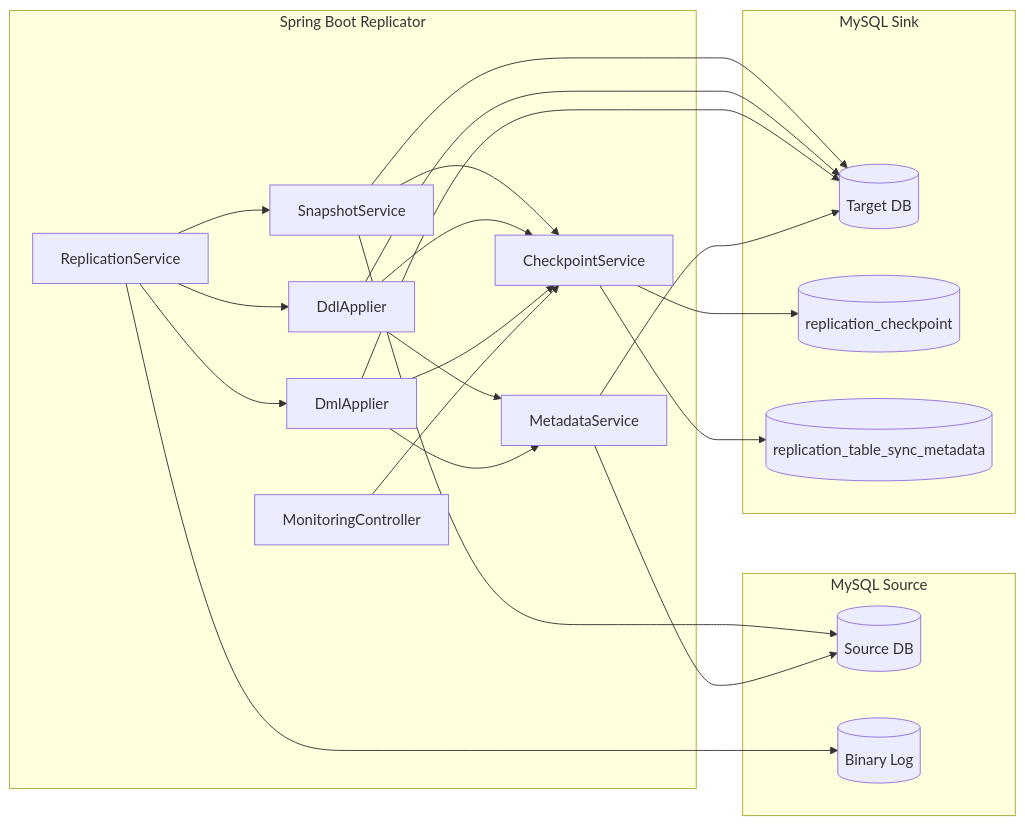
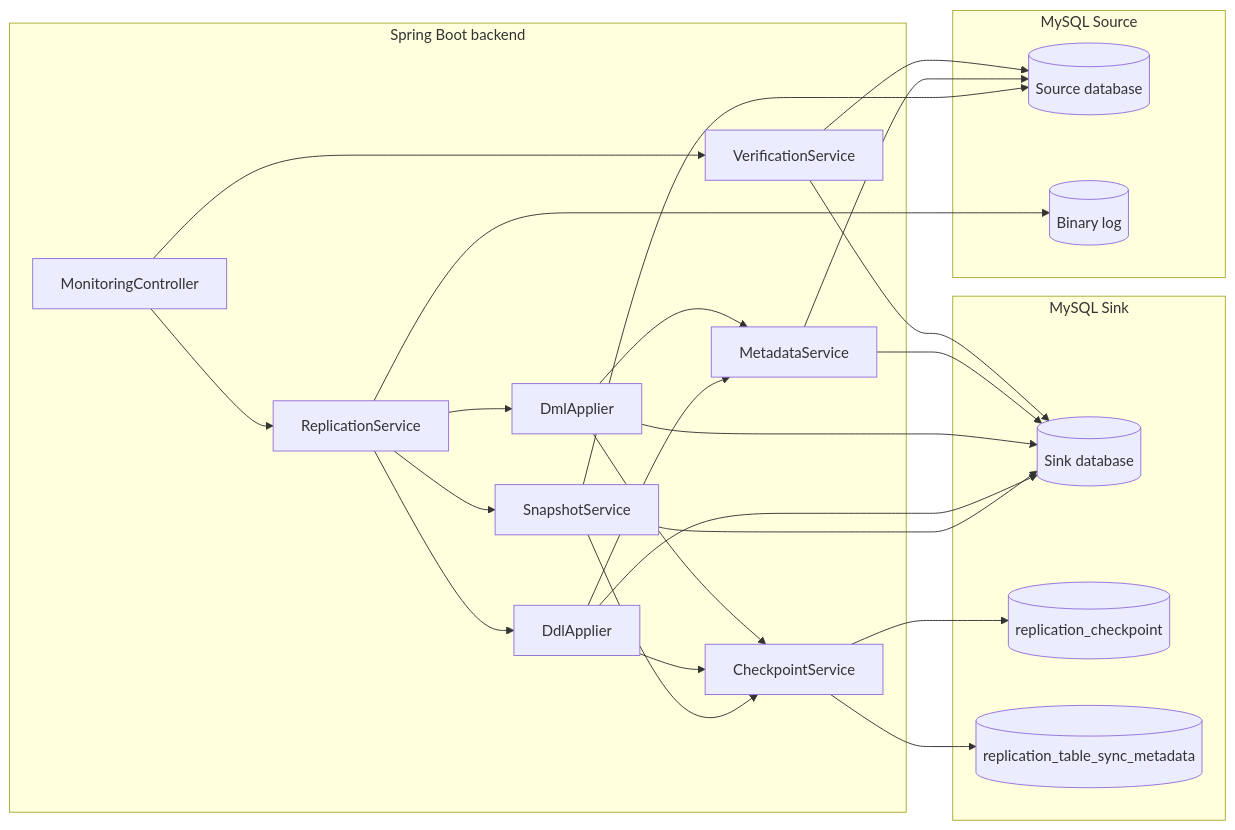
One commit to phongthinkvitals/thinkvitals-mysql-replicator changed the first of 12 diagrams in backend/docs/replication-flow.md. Above: the diagram before and after it, drawn with Mermaid. The commit also changed other lines of this file and 9 other files, not shown here.

````diff
--- a/backend/docs/replication-flow.md
+++ b/backend/docs/replication-flow.md
@@ -20,42 +9,46 @@
 ```mermaid
 flowchart LR
     subgraph Source["MySQL Source"]
-        SDB[(Source DB)]
-        BINLOG[(Binary Log)]
+        SourceDb[(Source database)]
+        SourceBinlog[(Binary log)]
     end
 
-    subgraph App["Spring Boot Replicator"]
-        RS[ReplicationService]
-        SS[SnapshotService]
-        DA[DdlApplier]
-        DMA[DmlApplier]
-        MS[MetadataService]
-        CS[CheckpointService]
-        API[MonitoringController]
+    subgraph Backend["Spring Boot backend"]
+        ReplicationService["ReplicationService"]
+        SnapshotService["SnapshotService"]
+        DdlApplier["DdlApplier"]
+        DmlApplier["DmlApplier"]
+        MetadataService["MetadataService"]
+        CheckpointService["CheckpointService"]
+        VerificationService["VerificationService"]
+        MonitoringController["MonitoringController"]
     end
 
     subgraph Sink["MySQL Sink"]
-        TDB[(Target DB)]
-        CP[(replication_checkpoint)]
-        TM[(replication_table_sync_metadata)]
+        SinkDb[(Sink database)]
+        CheckpointTable[(replication_checkpoint)]
+        TableMetadata[(replication_table_sync_metadata)]
     end
 
-    RS --> SS
-    SS --> SDB
-    SS --> TDB
-    RS --> BINLOG
-    RS --> DA
-    RS --> DMA
-    DA --> TDB
-    DMA --> TDB
-    DA --> MS
-    DMA --> MS
-    MS --> SDB
-    MS --> TDB
-    CS --> CP
-    CS --> TM
-    SS --> CS
-    DA --> CS
-    DMA --> CS
-    API --> CS
+    MonitoringController --> ReplicationService
+    MonitoringController --> VerificationService
+    ReplicationService --> SnapshotService
+    ReplicationService --> SourceBinlog
+    ReplicationService --> DdlApplier
+    ReplicationService --> DmlApplier
+    SnapshotService --> SourceDb
+    SnapshotService --> SinkDb
+    DdlApplier --> SinkDb
+    DmlApplier --> SinkDb
+    DdlApplier --> MetadataService
+    DmlApplier --> MetadataService
+    MetadataService --> SourceDb
+    MetadataService --> SinkDb
+    CheckpointService --> CheckpointTable
+    CheckpointService --> TableMetadata
+    SnapshotService --> CheckpointService
+    DdlApplier --> CheckpointService
+    DmlApplier --> CheckpointService
+    VerificationService --> SourceDb
+    VerificationService --> SinkDb
 ```
````
